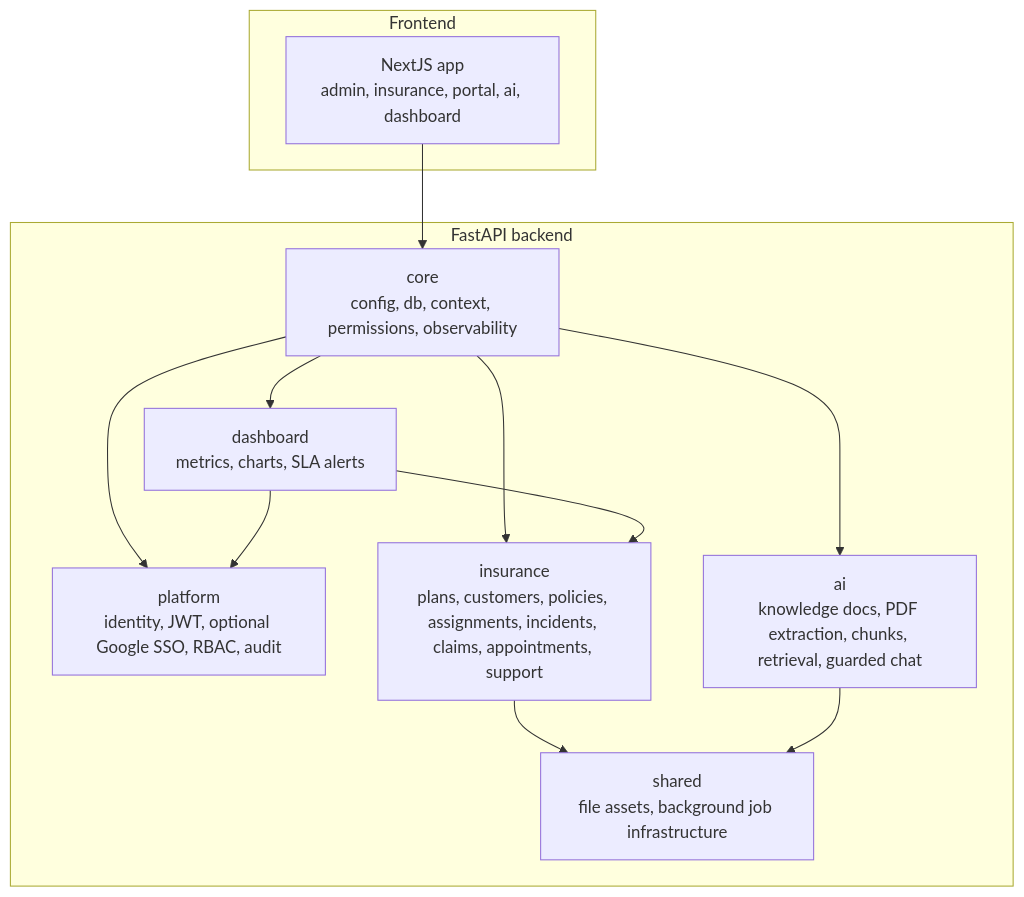
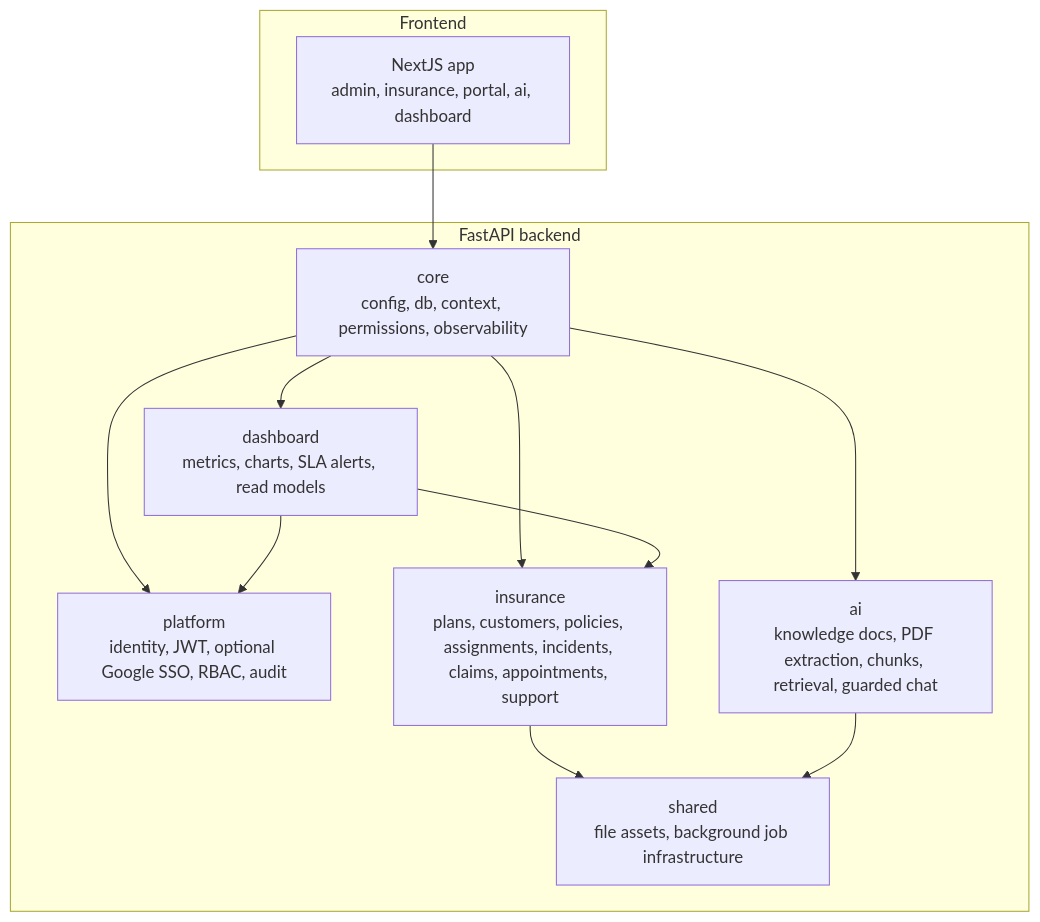
One commit to phattpde140043/insurance-ops-platform changed the second of 2 diagrams in docs/ARCHITECTURE.md. Above: the diagram before and after it, drawn with Mermaid. The commit also changed other lines of this file and 1 other file, not shown here.

Commit message:
docs: add council critique remediation roadmap

````diff
--- a/docs/ARCHITECTURE.md
+++ b/docs/ARCHITECTURE.md
@@ -228,25 +250,25 @@
 ```mermaid
 flowchart TB
     subgraph FE["Frontend"]
         Next["NextJS app\nadmin, insurance, portal, ai, dashboard"]
     end
 
     subgraph BE["FastAPI backend"]
         Core["core\nconfig, db, context, permissions, observability"]
         Platform["platform\nidentity, JWT, optional Google SSO, RBAC, audit"]
         Shared["shared\nfile assets, background job infrastructure"]
         Insurance["insurance\nplans, customers, policies, assignments, incidents, claims, appointments, support"]
         AI["ai\nknowledge docs, PDF extraction, chunks, retrieval, guarded chat"]
-        Dashboard["dashboard\nmetrics, charts, SLA alerts"]
+        Dashboard["dashboard\nmetrics, charts, SLA alerts, read models"]
     end
 
     Next --> Core
     Core --> Platform
     Core --> Insurance
     Core --> AI
     Core --> Dashboard
     Insurance --> Shared
     AI --> Shared
     Dashboard --> Insurance
     Dashboard --> Platform
 ```
````
